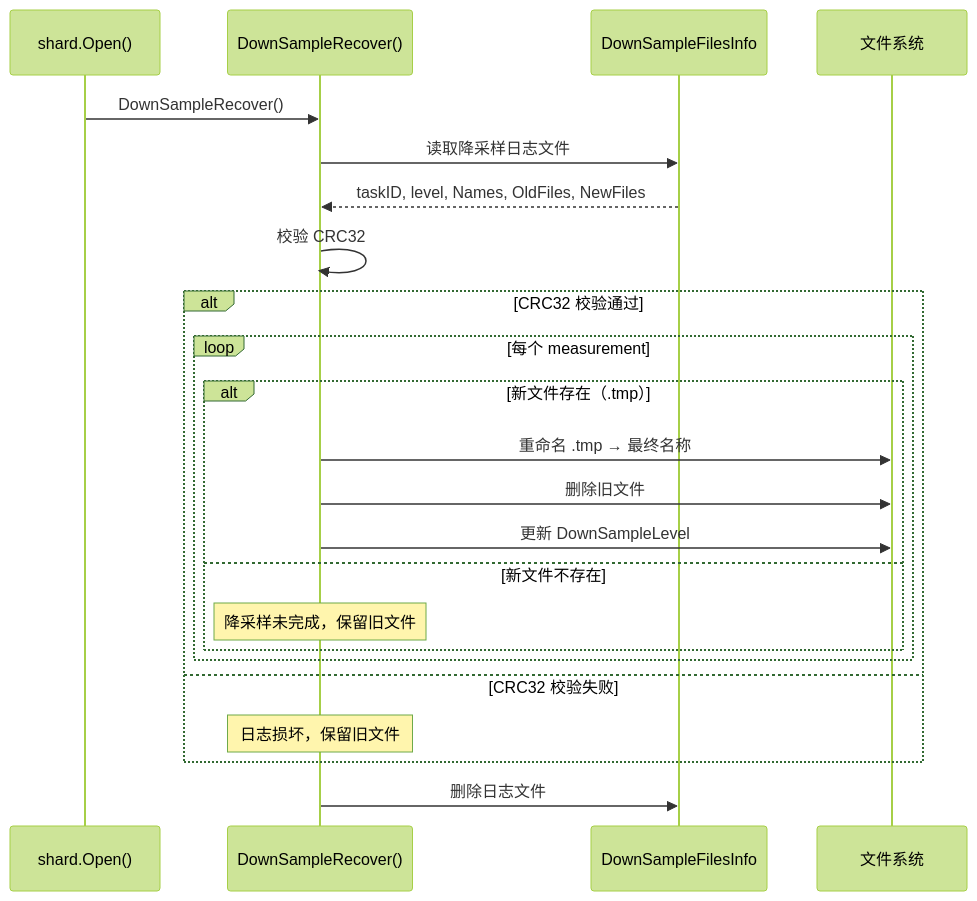
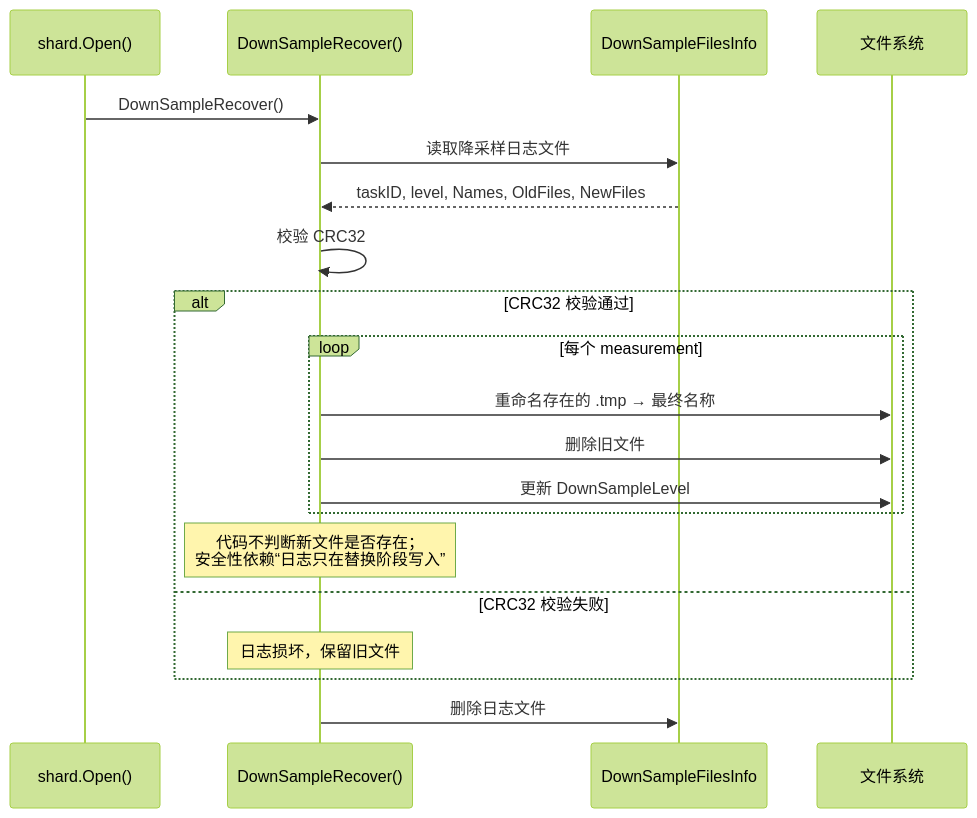
One commit to stefanv5/openGemini changed the seventh of 18 diagrams in docs/specs/05_downsampling_spec.md. Above: the diagram before and after it, drawn with Mermaid (forest theme). The commit also changed other lines of this file and 37 other files, not shown here.

````diff
--- a/docs/specs/05_downsampling_spec.md
+++ b/docs/specs/05_downsampling_spec.md
@@ -1040,29 +1052,26 @@
 ```mermaid
 sequenceDiagram
     participant Start as shard.Open()
     participant Recover as DownSampleRecover()
     participant Log as DownSampleFilesInfo
     participant FS as 文件系统
 
     Start->>Recover: DownSampleRecover()
     Recover->>Log: 读取降采样日志文件
     Log-->>Recover: taskID, level, Names, OldFiles, NewFiles
 
     Recover->>Recover: 校验 CRC32
 
     alt CRC32 校验通过
         loop 每个 measurement
-            alt 新文件存在（.tmp）
-                Recover->>FS: 重命名 .tmp → 最终名称
-                Recover->>FS: 删除旧文件
-                Recover->>FS: 更新 DownSampleLevel
-            else 新文件不存在
-                Note over Recover: 降采样未完成，保留旧文件
-            end
+            Recover->>FS: 重命名存在的 .tmp → 最终名称
+            Recover->>FS: 删除旧文件
+            Recover->>FS: 更新 DownSampleLevel
         end
+        Note over Recover: 代码不判断新文件是否存在；<br/>安全性依赖“日志只在替换阶段写入”
     else CRC32 校验失败
         Note over Recover: 日志损坏，保留旧文件
     end
 
     Recover->>Log: 删除日志文件
 ```
````
